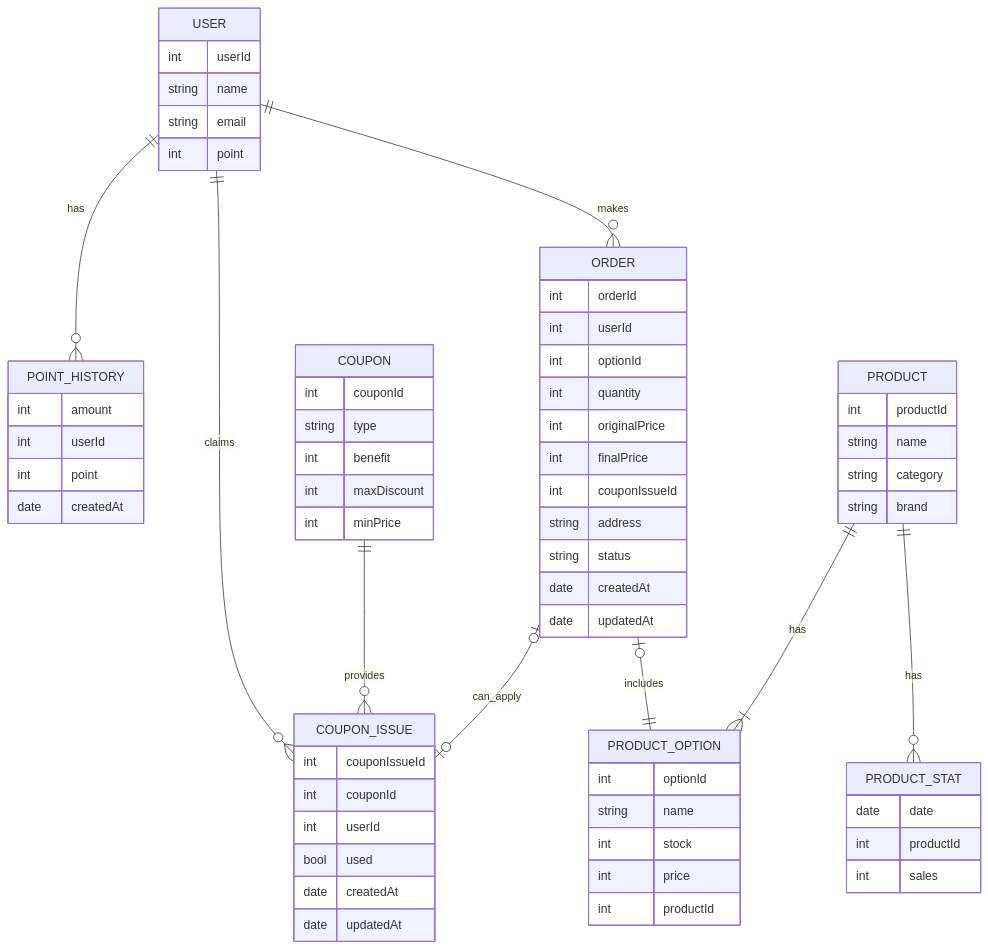
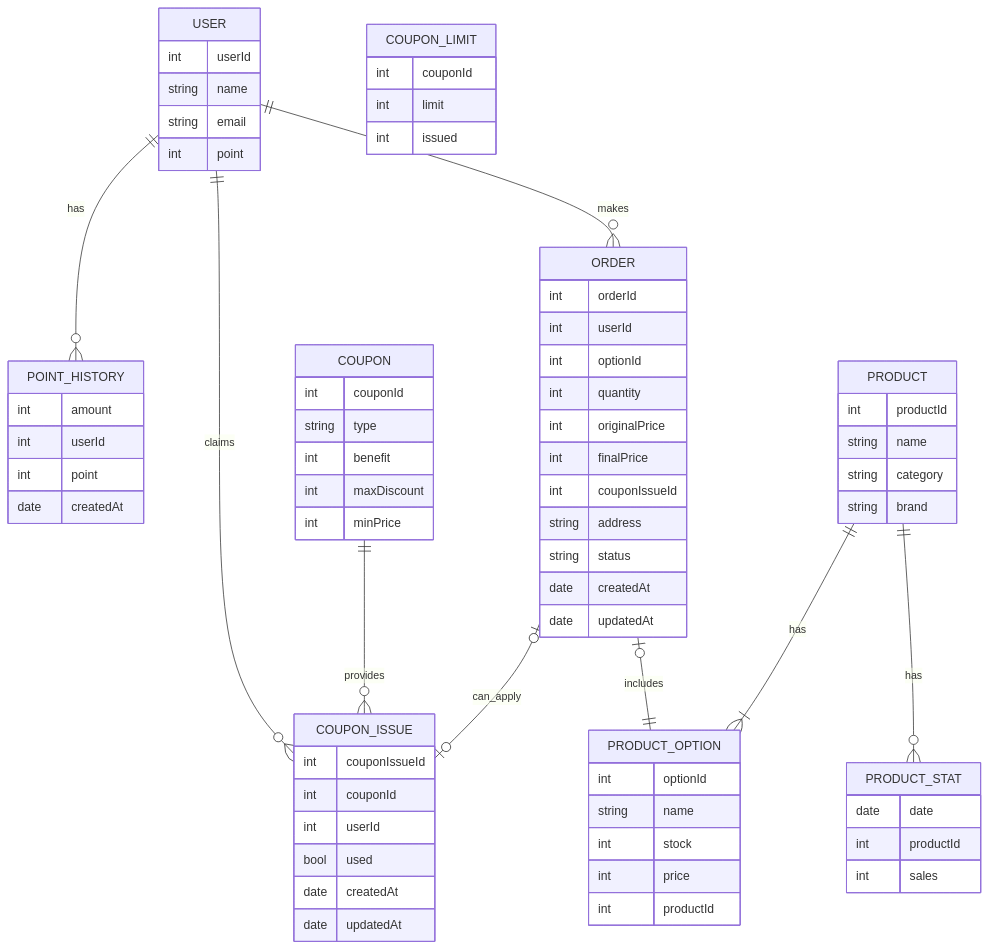
Before and after one commit to MinjungKim5/hhplus-tdd-nest: the diagram in docs/erd/erdiagram.md, drawn with Mermaid. The commit also changed 21 other files, not shown here.

```diff
--- a/docs/erd/erdiagram.md
+++ b/docs/erd/erdiagram.md
@@ -62,6 +62,12 @@
     date updatedAt
 }
 
+COUPON_LIMIT {
+    int couponId
+    int limit
+    int issued
+}
+
 ORDER {
     int orderId
     int userId
```
